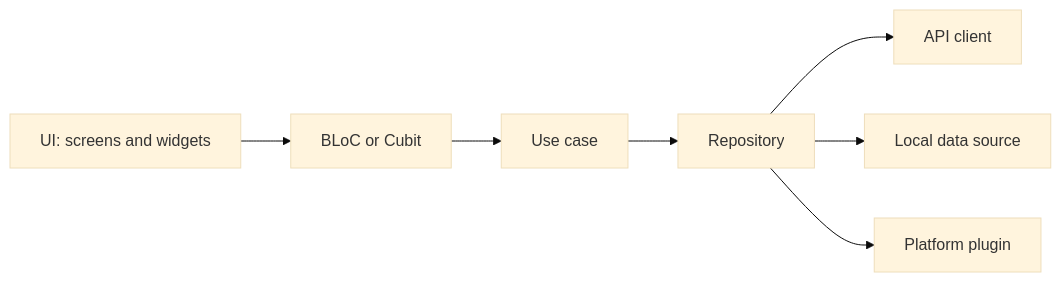
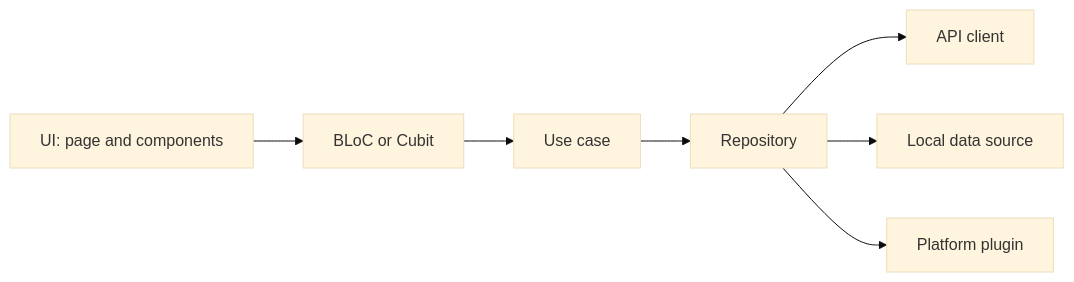
The diagram in skills/ptlam-code-style-flutter/references/architecture.md (fam-tung-lam/ptlam-agent-plugin), drawn with Mermaid (base theme) before and after one commit. The commit also changed other lines of this file and 23 other files, not shown here.

````diff
--- a/skills/ptlam-code-style-flutter/references/architecture.md
+++ b/skills/ptlam-code-style-flutter/references/architecture.md
@@ -10,9 +10,9 @@
 ```mermaid
 flowchart LR
-    UserInterface["UI: screens and widgets"] --> StateHolder["BLoC or Cubit"]
+    UserInterface["UI: page and components"] --> StateHolder["BLoC or Cubit"]
     StateHolder --> UseCase["Use case"]
     UseCase --> Repository["Repository"]
     Repository --> ApiClient["API client"]
     Repository --> LocalDataSource["Local data source"]
     Repository --> PlatformPlugin["Platform plugin"]
 ```
````
